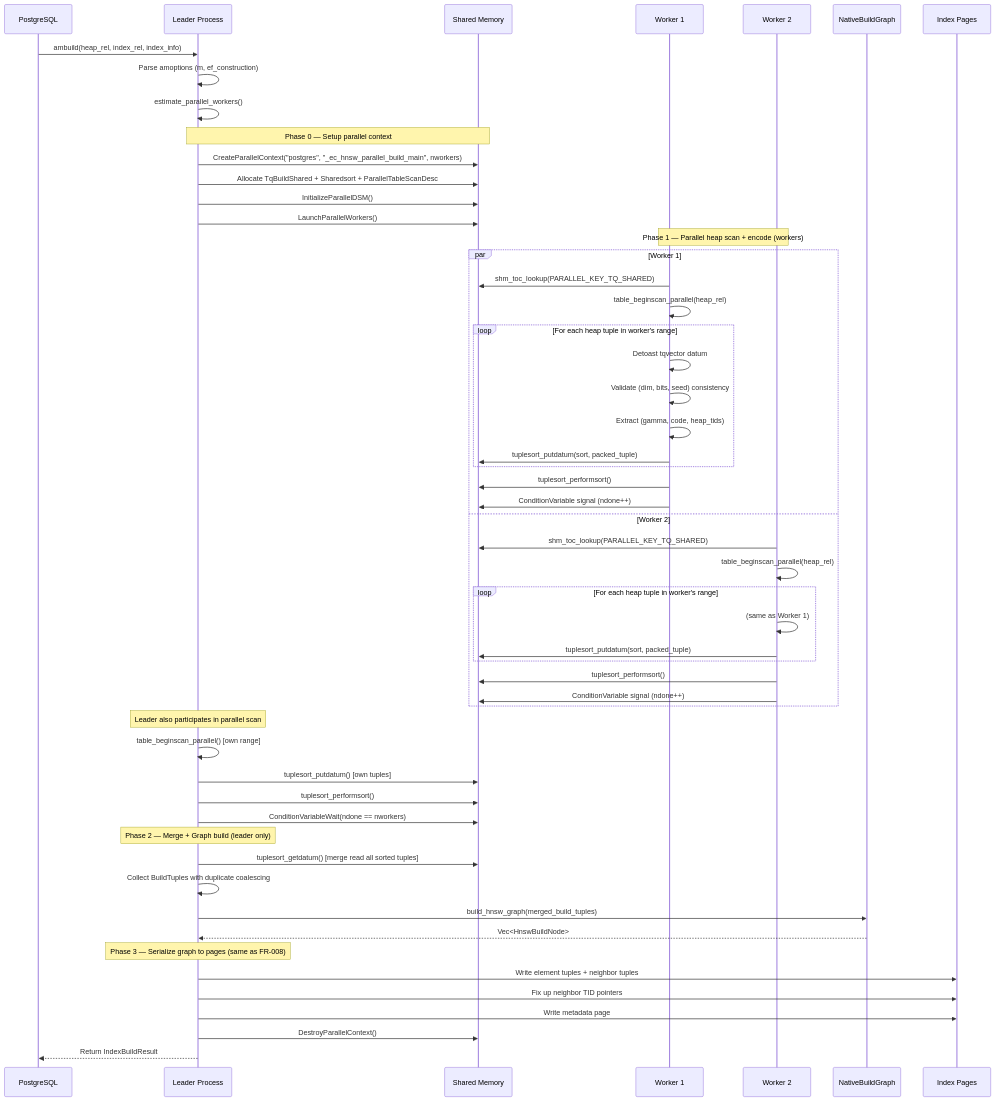
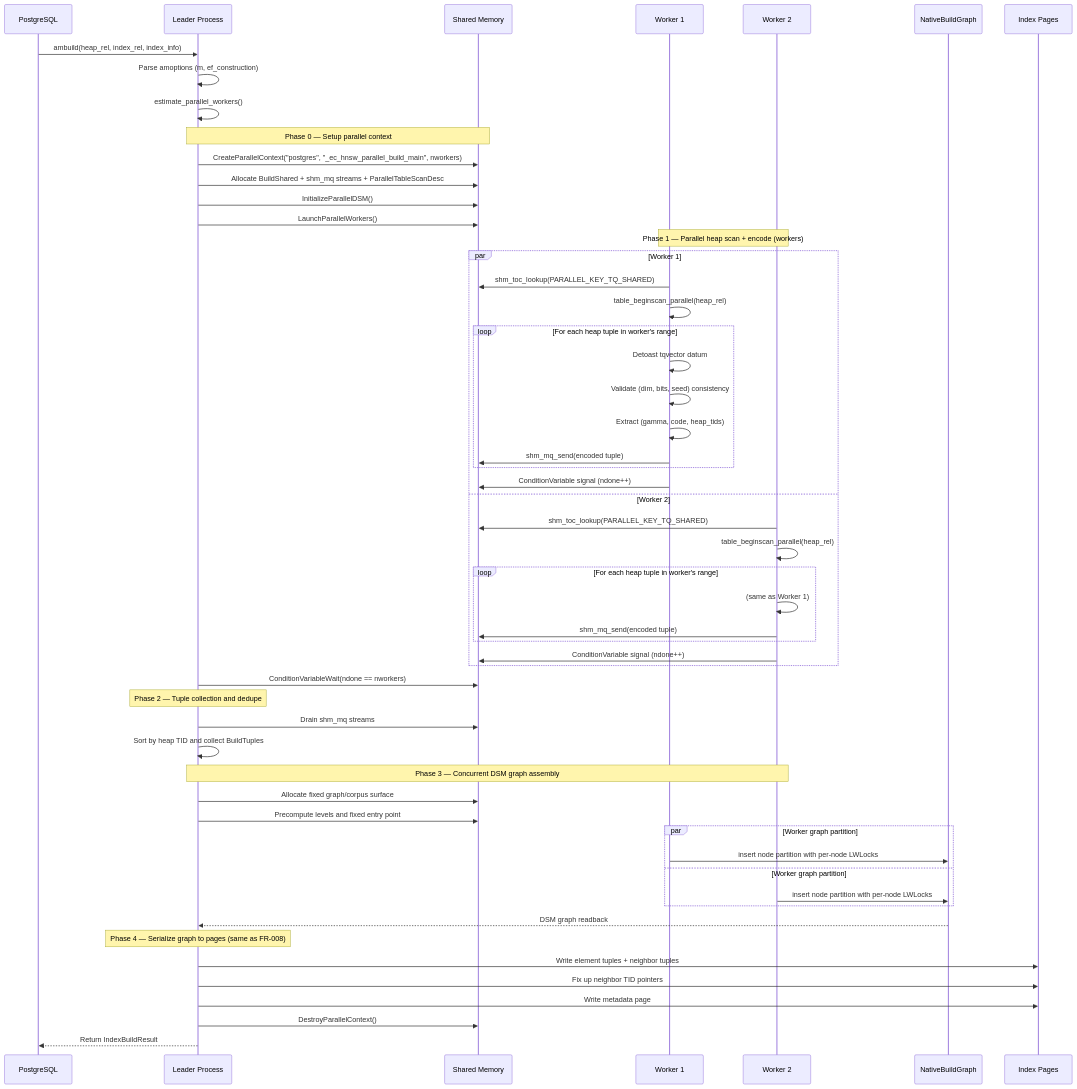
The diagram in spec/functional/FR-021-parallel-build.md (agent-ix/ecaz), drawn with Mermaid before and after one commit. The commit also changed other lines of this file and 2 other files, not shown here.

Commit message:
Align parallel build docs with DSM default

````diff
--- a/spec/functional/FR-021-parallel-build.md
+++ b/spec/functional/FR-021-parallel-build.md
@@ -53,69 +65,70 @@
 ```mermaid
 sequenceDiagram
     participant PG as PostgreSQL
     participant Leader as Leader Process
     participant DSM as Shared Memory
     participant W1 as Worker 1
     participant W2 as Worker 2
     participant Graph as NativeBuildGraph
     participant Pages as Index Pages
 
     PG->>Leader: ambuild(heap_rel, index_rel, index_info)
     Leader->>Leader: Parse amoptions (m, ef_construction)
     Leader->>Leader: estimate_parallel_workers()
 
     Note over Leader,DSM: Phase 0 — Setup parallel context
 
     Leader->>DSM: CreateParallelContext("postgres", "_ec_hnsw_parallel_build_main", nworkers)
-    Leader->>DSM: Allocate TqBuildShared + Sharedsort + ParallelTableScanDesc
+    Leader->>DSM: Allocate BuildShared + shm_mq streams + ParallelTableScanDesc
     Leader->>DSM: InitializeParallelDSM()
     Leader->>DSM: LaunchParallelWorkers()
 
     Note over W1,W2: Phase 1 — Parallel heap scan + encode (workers)
 
     par Worker 1
         W1->>DSM: shm_toc_lookup(PARALLEL_KEY_TQ_SHARED)
         W1->>W1: table_beginscan_parallel(heap_rel)
         loop For each heap tuple in worker's range
             W1->>W1: Detoast tqvector datum
             W1->>W1: Validate (dim, bits, seed) consistency
             W1->>W1: Extract (gamma, code, heap_tids)
-            W1->>DSM: tuplesort_putdatum(sort, packed_tuple)
+            W1->>DSM: shm_mq_send(encoded tuple)
         end
-        W1->>DSM: tuplesort_performsort()
         W1->>DSM: ConditionVariable signal (ndone++)
     and Worker 2
         W2->>DSM: shm_toc_lookup(PARALLEL_KEY_TQ_SHARED)
         W2->>W2: table_beginscan_parallel(heap_rel)
         loop For each heap tuple in worker's range
             W2->>W2: (same as Worker 1)
-            W2->>DSM: tuplesort_putdatum(sort, packed_tuple)
+            W2->>DSM: shm_mq_send(encoded tuple)
         end
-        W2->>DSM: tuplesort_performsort()
         W2->>DSM: ConditionVariable signal (ndone++)
     end
 
-    Note over Leader: Leader also participates in parallel scan
-
-    Leader->>Leader: table_beginscan_parallel() [own range]
-    Leader->>DSM: tuplesort_putdatum() [own tuples]
-    Leader->>DSM: tuplesort_performsort()
     Leader->>DSM: ConditionVariableWait(ndone == nworkers)
 
-    Note over Leader: Phase 2 — Merge + Graph build (leader only)
+    Note over Leader: Phase 2 — Tuple collection and dedupe
 
-    Leader->>DSM: tuplesort_getdatum() [merge read all sorted tuples]
-    Leader->>Leader: Collect BuildTuples with duplicate coalescing
+    Leader->>DSM: Drain shm_mq streams
+    Leader->>Leader: Sort by heap TID and collect BuildTuples
 
-    Leader->>Graph: build_hnsw_graph(merged_build_tuples)
-    Graph-->>Leader: Vec<HnswBuildNode>
+    Note over Leader,W2: Phase 3 — Concurrent DSM graph assembly
 
-    Note over Leader: Phase 3 — Serialize graph to pages (same as FR-008)
+    Leader->>DSM: Allocate fixed graph/corpus surface
+    Leader->>DSM: Precompute levels and fixed entry point
+    par Worker graph partition
+        W1->>Graph: insert node partition with per-node LWLocks
+    and Worker graph partition
+        W2->>Graph: insert node partition with per-node LWLocks
+    end
+    Graph-->>Leader: DSM graph readback
+
+    Note over Leader: Phase 4 — Serialize graph to pages (same as FR-008)
 
     Leader->>Pages: Write element tuples + neighbor tuples
     Leader->>Pages: Fix up neighbor TID pointers
     Leader->>Pages: Write metadata page
 
     Leader->>DSM: DestroyParallelContext()
     Leader-->>PG: Return IndexBuildResult
 ```
````
